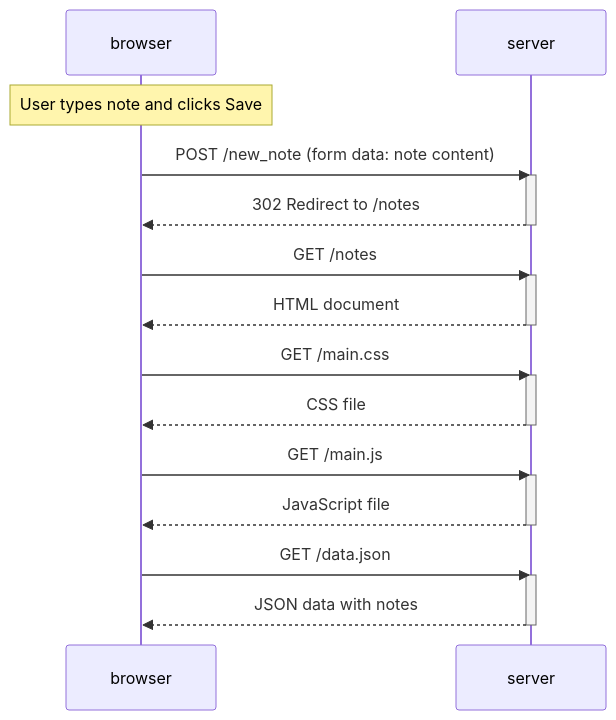
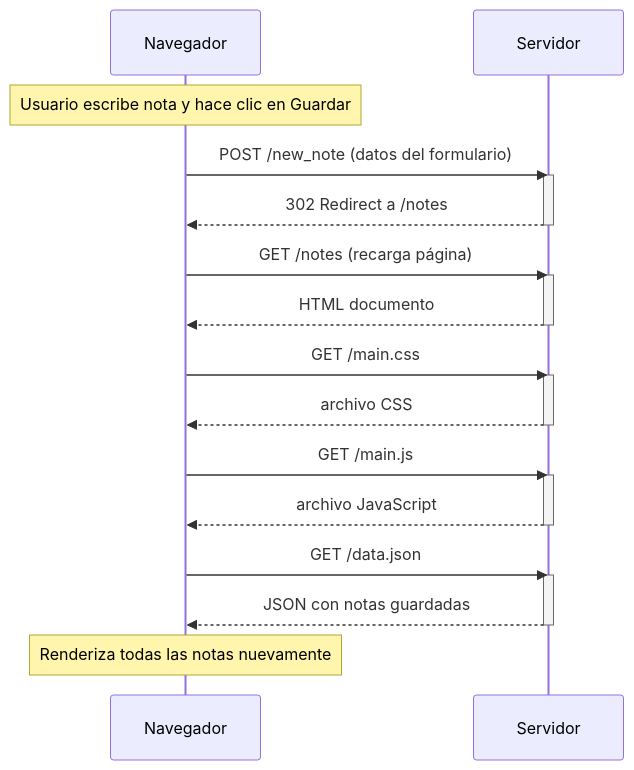
Before and after one commit to brujo-rojas/fullstackopen-open: the diagram in part0/0.4-new-note.mmd, drawn with Mermaid. The commit also changed 2 other files, not shown here.

Commit message:
fix: diagrams in Spanish, more descriptive

```diff
--- a/part0/0.4-new-note.mmd
+++ b/part0/0.4-new-note.mmd
@@ -1,29 +1,31 @@
 sequenceDiagram
-    participant browser
-    participant server
+    participant Navegador
+    participant Servidor
 
-    Note over browser: User types note and clicks Save
-    browser->>server: POST /new_note (form data: note content)
-    activate server
-    server-->>browser: 302 Redirect to /notes
-    deactivate server
+    Note over Navegador: Usuario escribe nota y hace clic en Guardar
+    Navegador->>Servidor: POST /new_note (datos del formulario)
+    activate Servidor
+    Servidor-->>Navegador: 302 Redirect a /notes
+    deactivate Servidor
 
-    browser->>server: GET /notes
-    activate server
-    server-->>browser: HTML document
-    deactivate server
+    Navegador->>Servidor: GET /notes (recarga página)
+    activate Servidor
+    Servidor-->>Navegador: HTML documento
+    deactivate Servidor
 
-    browser->>server: GET /main.css
-    activate server
-    server-->>browser: CSS file
-    deactivate server
+    Navegador->>Servidor: GET /main.css
+    activate Servidor
+    Servidor-->>Navegador: archivo CSS
+    deactivate Servidor
 
-    browser->>server: GET /main.js
-    activate server
-    server-->>browser: JavaScript file
-    deactivate server
+    Navegador->>Servidor: GET /main.js
+    activate Servidor
+    Servidor-->>Navegador: archivo JavaScript
+    deactivate Servidor
 
-    browser->>server: GET /data.json
-    activate server
-    server-->>browser: JSON data with notes
-    deactivate server
+    Navegador->>Servidor: GET /data.json
+    activate Servidor
+    Servidor-->>Navegador: JSON con notas guardadas
+    deactivate Servidor
+
+    Note over Navegador: Renderiza todas las notas nuevamente
```
